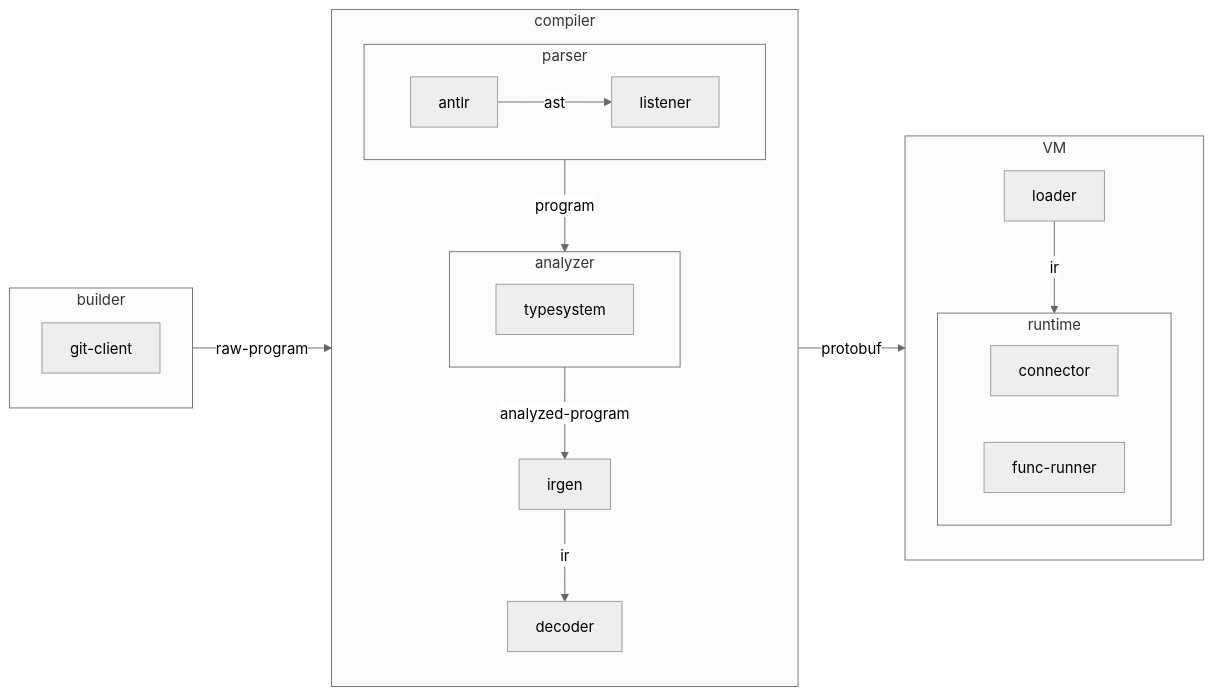
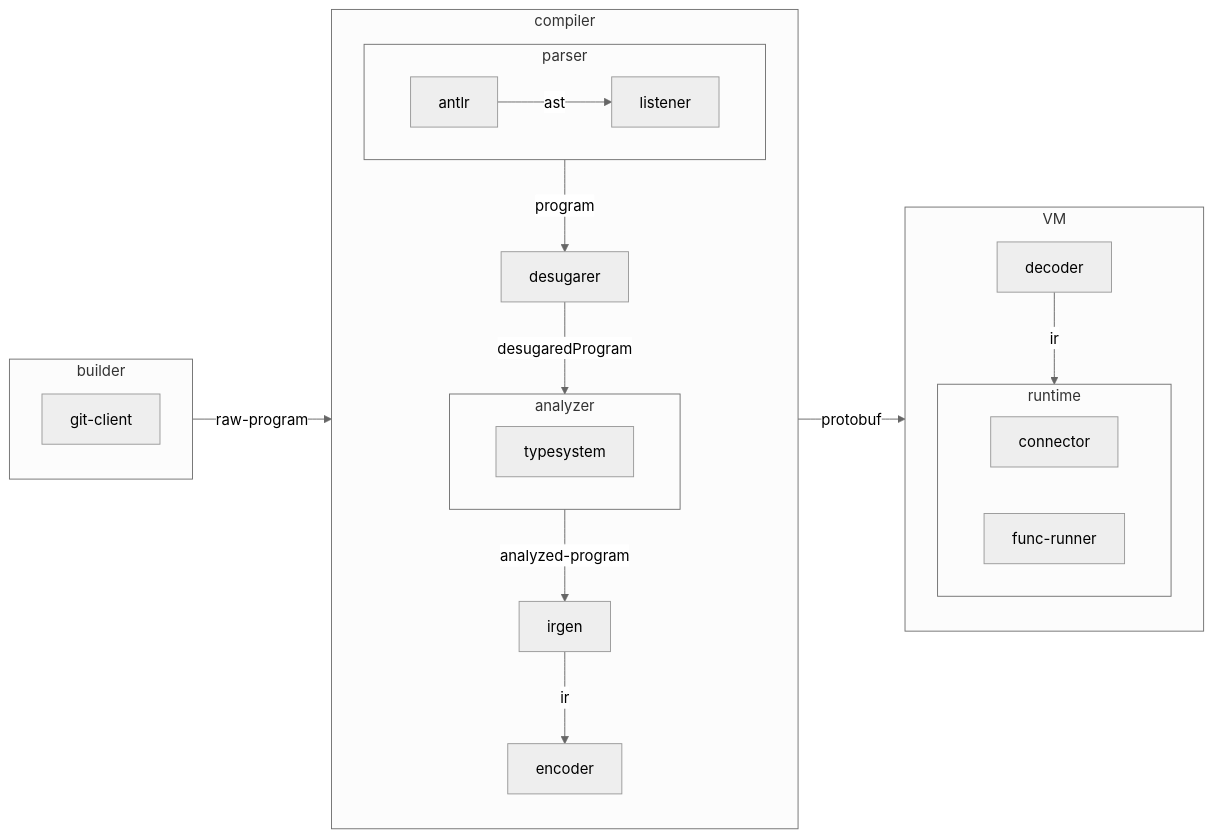
Before and after one commit to nevalang/neva: the first of 2 diagrams in ARCHITECTURE.md, drawn with Mermaid (neutral theme). The commit also changed 2 other files, not shown here.

Commit message:
feat(docs): explain why need multi-module compiler workflow

````diff
--- a/ARCHITECTURE.md
+++ b/ARCHITECTURE.md
@@ -5,27 +5,39 @@
 ```mermaid
 flowchart LR
     builder-->|raw-program|compiler
     subgraph builder
         git-client
     end
     subgraph compiler
-        parser-->|program|analyzer
+        parser-->|program|desugarer
+        desugarer-->|desugaredProgram|analyzer
+
         subgraph parser
             antlr-->|ast|listener
         end
+
         subgraph analyzer
             typesystem
         end
+
+        subgraph analyzer
+            typesystem
+        end
+
         analyzer-->|analyzed-program|irgen
-        irgen-->|ir|decoder
+
+        irgen-->|ir|encoder
     end
+
     compiler-->|protobuf|VM
+
     subgraph VM
-        loader-->|ir|runtime
+        decoder-->|ir|runtime
         runtime
         subgraph runtime
             connector
             func-runner
         end
+
     end
 ```
````
